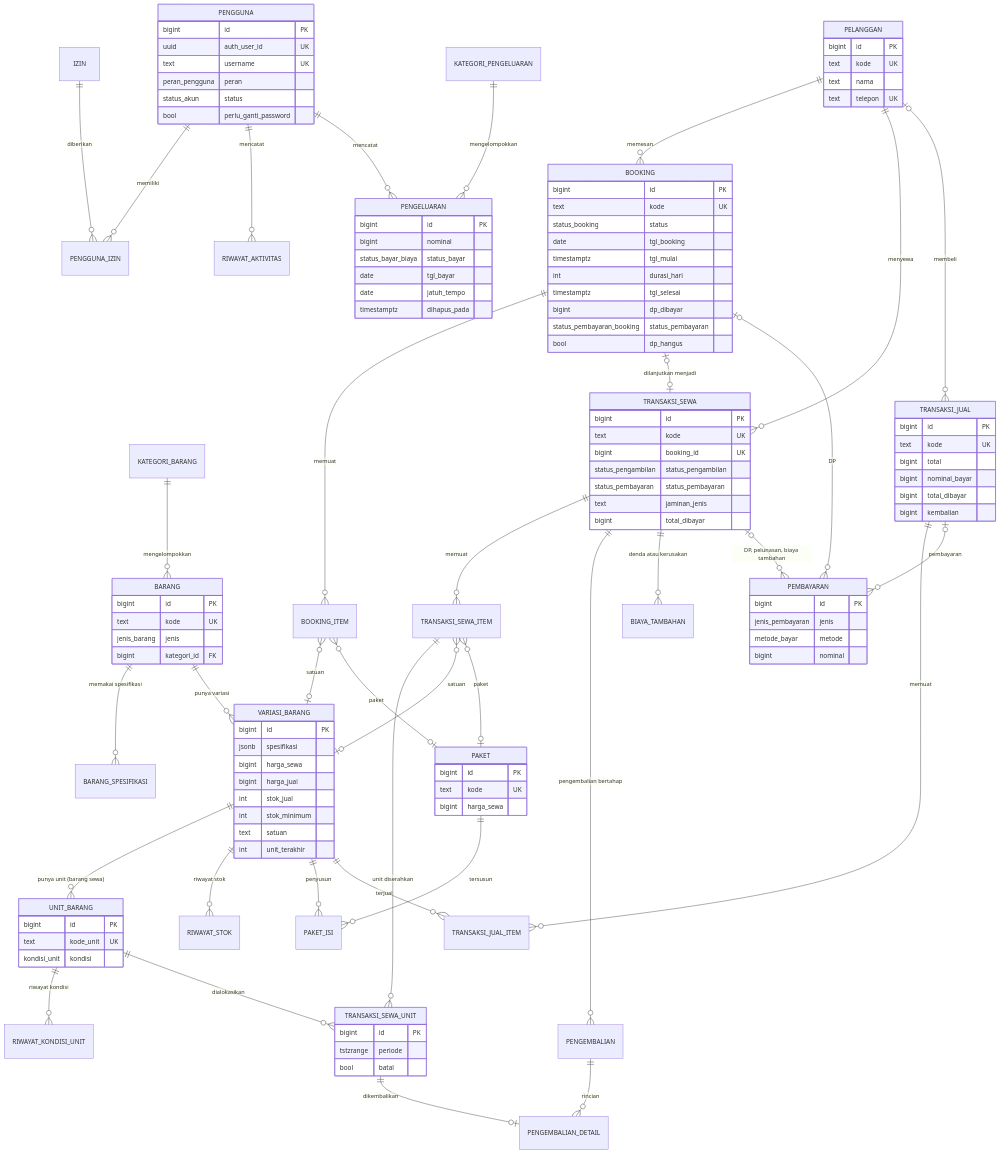
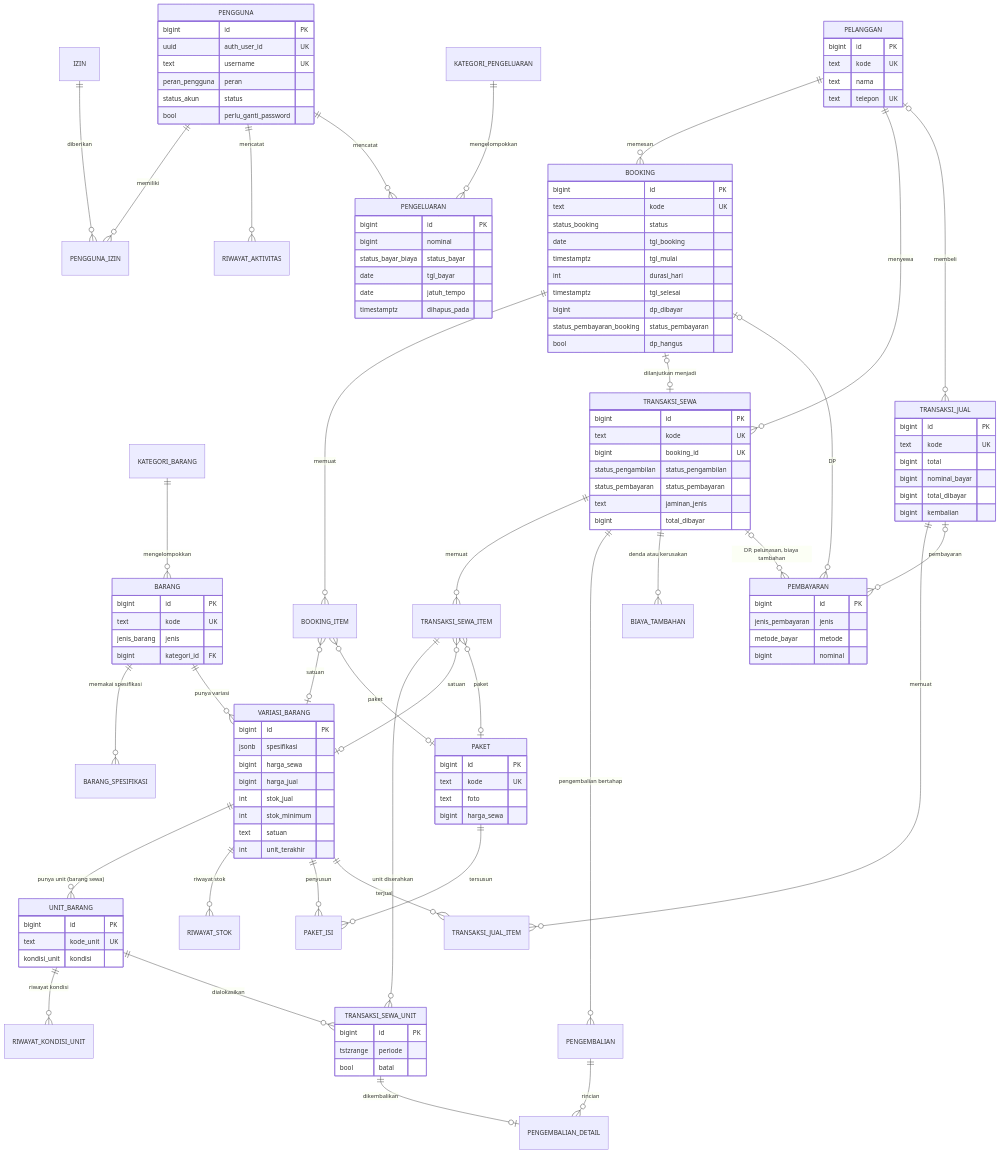
The diagram in docs/database-design.md (rasnab14/proyek-besar-pwlt), drawn with Mermaid before and after one commit. The commit also changed other lines of this file and 32 other files, not shown here.

```diff
--- a/docs/database-design.md
+++ b/docs/database-design.md
@@ -88,6 +88,7 @@
       kondisi_unit kondisi }
     PAKET { bigint id PK
       text kode UK
+      text foto
       bigint harga_sewa }
     BOOKING { bigint id PK
       text kode UK
```
